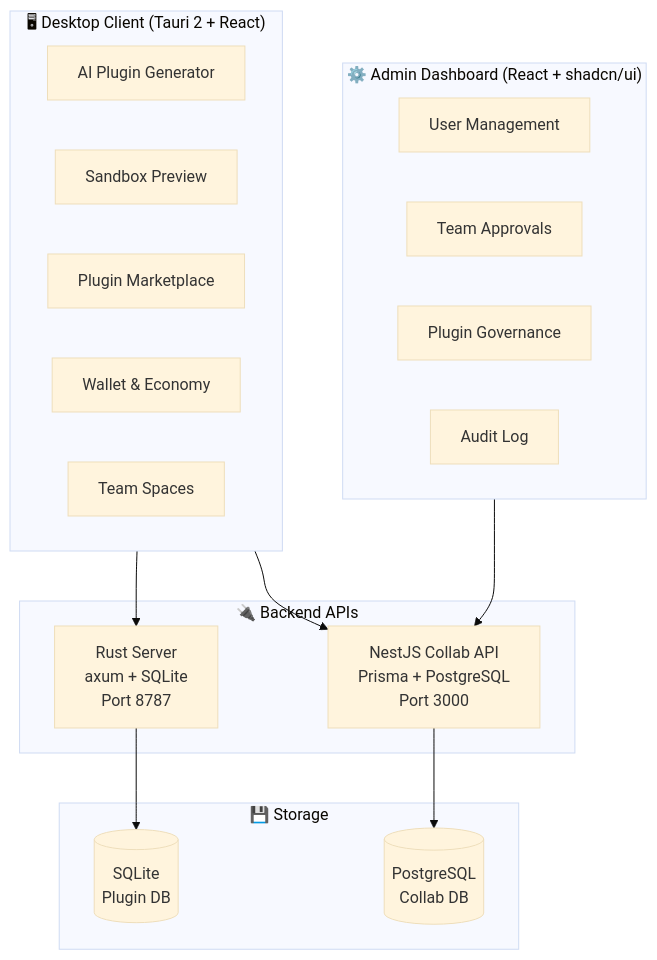
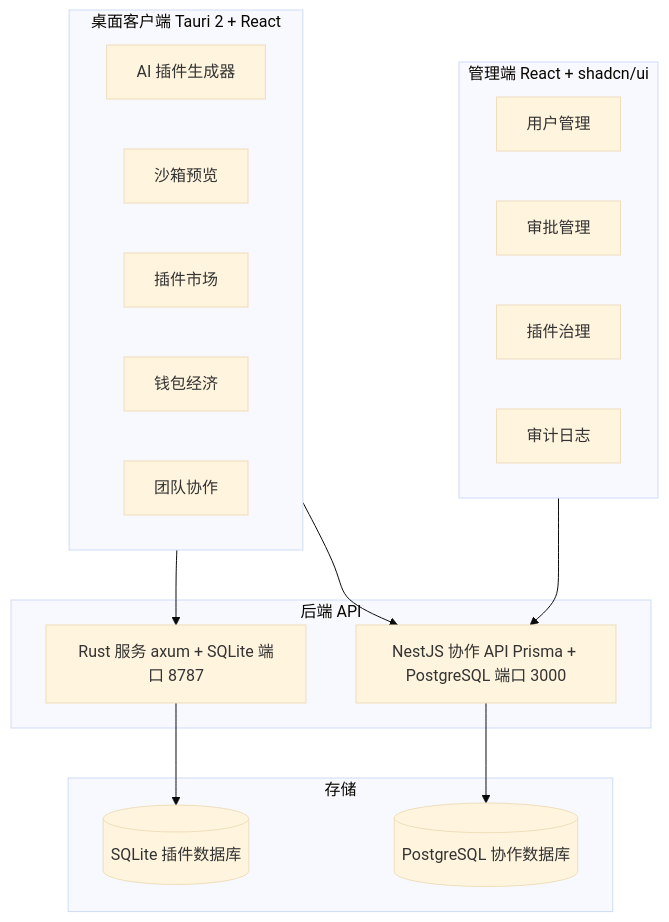
The diagram in README.md (qiuuchan/lingfang-pan), drawn with Mermaid (base theme) before and after one commit. The commit also changed other lines of this file, not shown here.

````diff
--- a/README.md
+++ b/README.md
@@ -21,39 +6,33 @@
 ```mermaid
 graph TB
-    subgraph Desktop["🖥 Desktop Client (Tauri 2 + React)"]
-        Gen["AI Plugin Generator"]
-        Sandbox["Sandbox Preview"]
-        Market["Plugin Marketplace"]
-        Wallet["Wallet & Economy"]
-        Teams["Team Spaces"]
+    subgraph Desktop["桌面客户端 Tauri 2 + React"]
+        Gen["AI 插件生成器"]
+        Sandbox["沙箱预览"]
+        Market["插件市场"]
+        Wallet["钱包经济"]
+        Teams["团队协作"]
     end
 
-    subgraph Admin["⚙️ Admin Dashboard (React + shadcn/ui)"]
-        Users["User Management"]
-        Approvals["Team Approvals"]
-        Plugins["Plugin Governance"]
-        Audit["Audit Log"]
+    subgraph Admin["管理端 React + shadcn/ui"]
+        Users["用户管理"]
+        Approvals["审批管理"]
+        Plugins["插件治理"]
+        Audit["审计日志"]
     end
 
-    subgraph APIs["🔌 Backend APIs"]
-        Server["Rust Server
-        axum + SQLite
-        Port 8787"]
-        Collab["NestJS Collab API
-        Prisma + PostgreSQL
-        Port 3000"]
+    subgraph APIs["后端 API"]
+        Server["Rust 服务 axum + SQLite 端口 8787"]
+        Collab["NestJS 协作 API Prisma + PostgreSQL 端口 3000"]
     end
 
-    subgraph Store["💾 Storage"]
-        SQLite[("SQLite
-        Plugin DB")]
-        PG[("PostgreSQL
-        Collab DB")]
+    subgraph Store["存储"]
+        SQLite[("SQLite 插件数据库")]
+        PG[("PostgreSQL 协作数据库")]
     end
 
     Desktop --> Server
     Desktop --> Collab
     Admin --> Collab
     Server --> SQLite
     Collab --> PG
 ```
````
